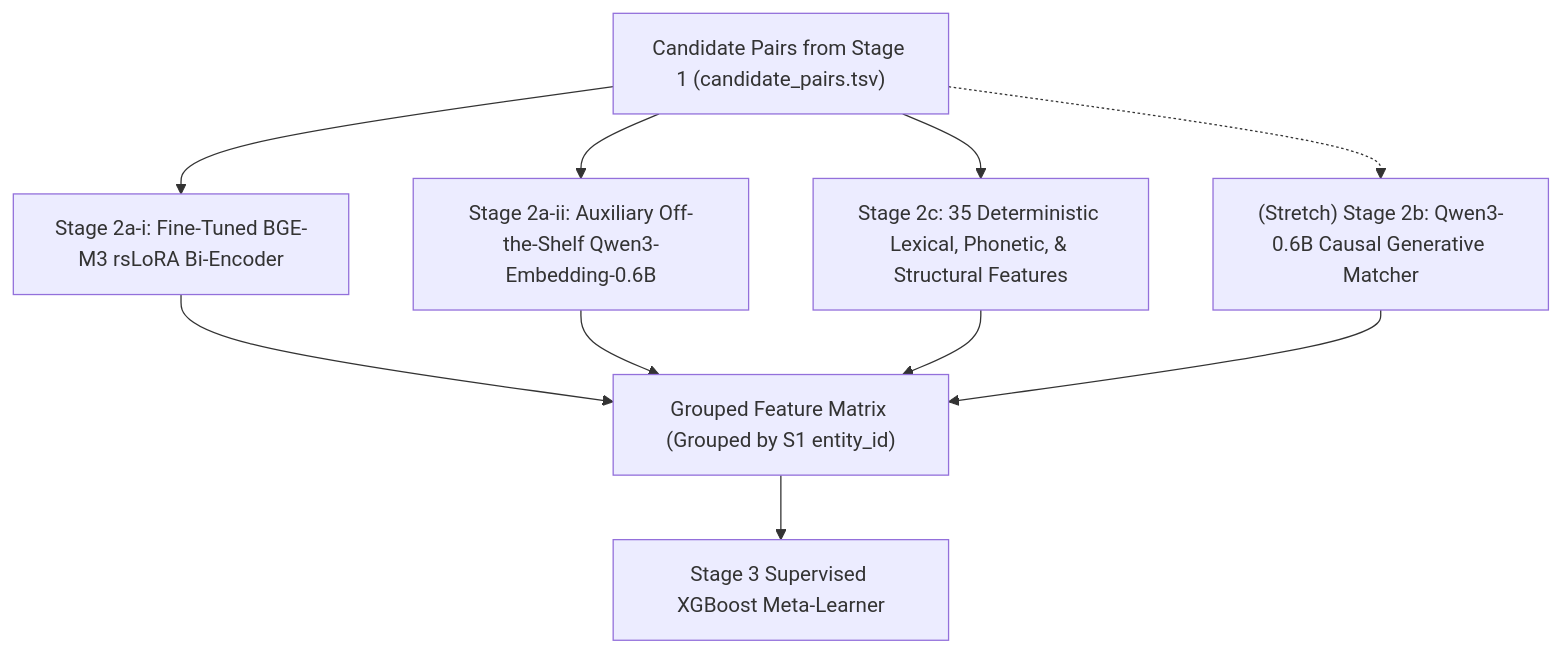
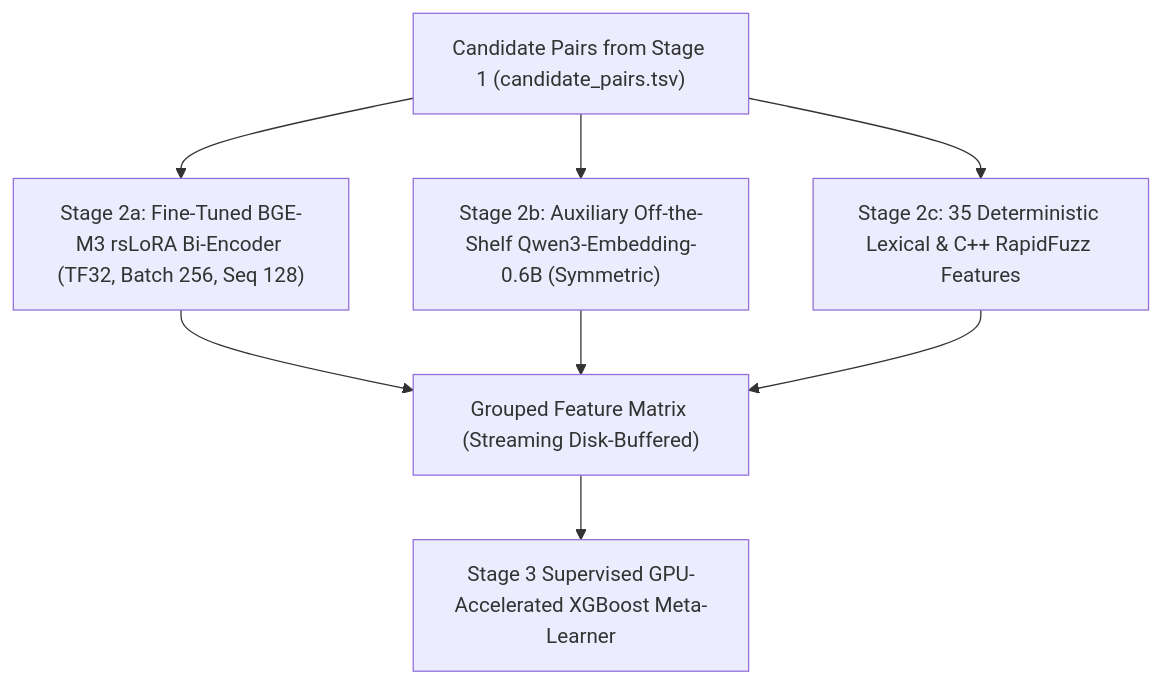
Before and after one commit to priyanshu-ogdev/AmazonMLChallenge2026: the diagram in docs/05_stage2_features_and_embeddings.md, drawn with Mermaid. The commit also changed other lines of this file and 10 other files, not shown here.

Commit message:
docs: sync architecture, invariants, and memory optimizations

````diff
--- a/docs/05_stage2_features_and_embeddings.md
+++ b/docs/05_stage2_features_and_embeddings.md
@@ -17,13 +17,11 @@
 ```mermaid
 flowchart TD
-    CP["Candidate Pairs from Stage 1 (candidate_pairs.tsv)"] --> S2ai["Stage 2a-i: Fine-Tuned BGE-M3 rsLoRA Bi-Encoder"]
-    CP --> S2aii["Stage 2a-ii: Auxiliary Off-the-Shelf Qwen3-Embedding-0.6B"]
-    CP --> S2c["Stage 2c: 35 Deterministic Lexical, Phonetic, & Structural Features"]
-    CP -.-> S2b["(Stretch) Stage 2b: Qwen3-0.6B Causal Generative Matcher"]
+    CP["Candidate Pairs from Stage 1 (candidate_pairs.tsv)"] --> S2a["Stage 2a: Fine-Tuned BGE-M3 rsLoRA Bi-Encoder (TF32, Batch 256, Seq 128)"]
+    CP --> S2b["Stage 2b: Auxiliary Off-the-Shelf Qwen3-Embedding-0.6B (Symmetric)"]
+    CP --> S2c["Stage 2c: 35 Deterministic Lexical & C++ RapidFuzz Features"]
     
-    S2ai --> M["Grouped Feature Matrix (Grouped by S1 entity_id)"]
-    S2aii --> M
+    S2a --> M["Grouped Feature Matrix (Streaming Disk-Buffered)"]
+    S2b --> M
     S2c --> M
-    S2b --> M
-    M --> S3["Stage 3 Supervised XGBoost Meta-Learner"]
+    M --> S3["Stage 3 Supervised GPU-Accelerated XGBoost Meta-Learner"]
 ```
````
